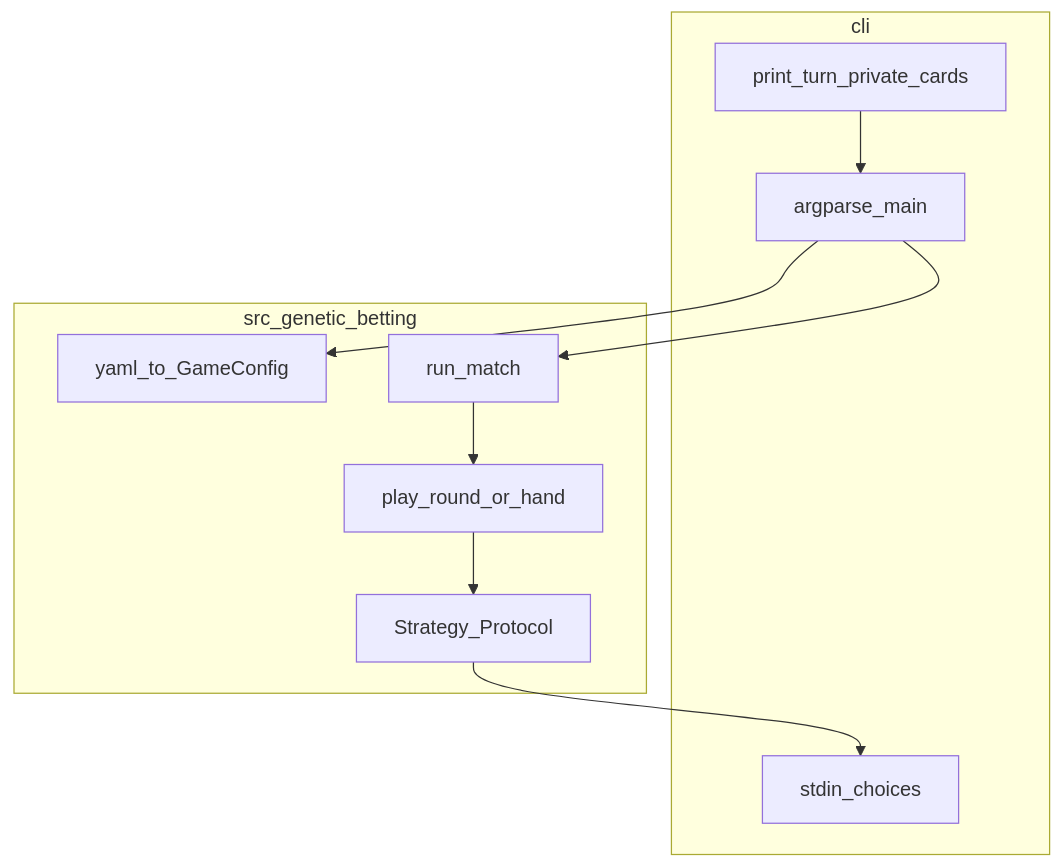
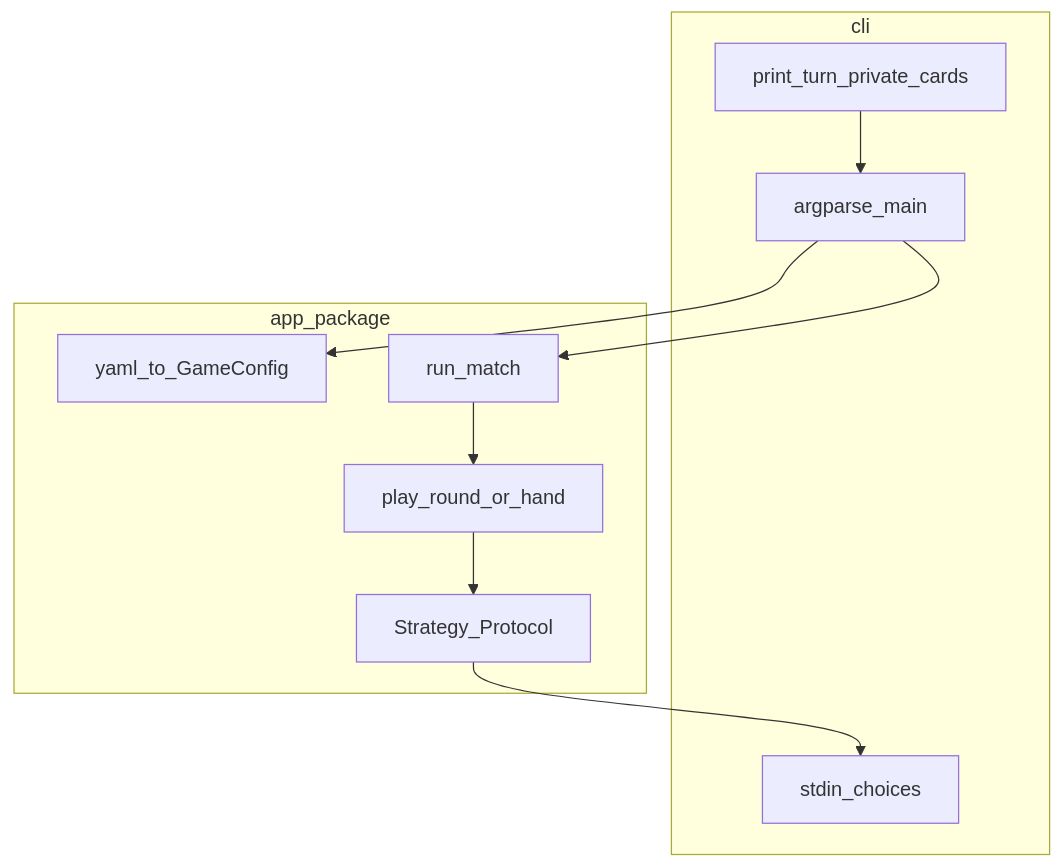
One commit to CezaryKlimczuk/genetic-betting changed the diagram in .cursor/plans/repo_implementation_plan_41b26f8a.plan.md. Above: the diagram before and after it, drawn with Mermaid. The commit also changed other lines of this file and 4 other files, not shown here.

Commit message:
Changed the plan from python package to app

````diff
--- a/.cursor/plans/repo_implementation_plan_41b26f8a.plan.md
+++ b/.cursor/plans/repo_implementation_plan_41b26f8a.plan.md
@@ -66,20 +67,20 @@
 ```mermaid
 flowchart TB
   subgraph cli [cli]
     Main[argparse_main]
     View[print_turn_private_cards]
     Input[stdin_choices]
   end
-  subgraph core [src_genetic_betting]
+  subgraph core [app_package]
     Config[yaml_to_GameConfig]
     Hand[play_round_or_hand]
     Match[run_match]
     Proto[Strategy_Protocol]
   end
   Main --> Config
   Main --> Match
   Match --> Hand
   Hand --> Proto
   Proto --> Input
   View --> Main
 ```
````
